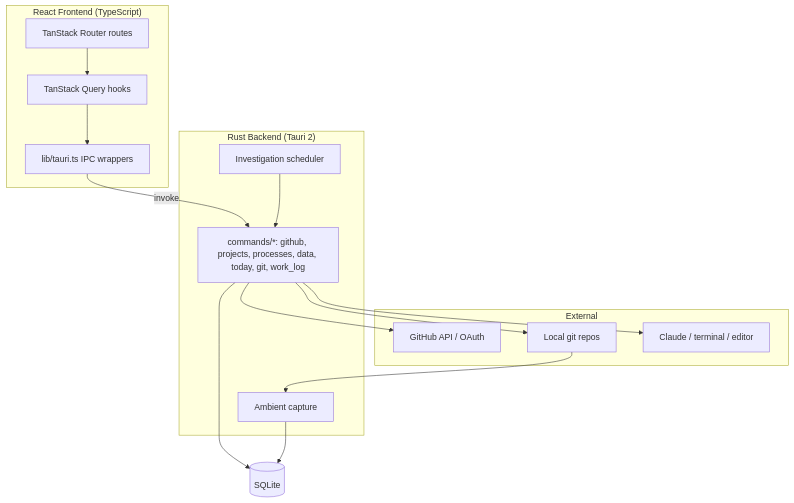
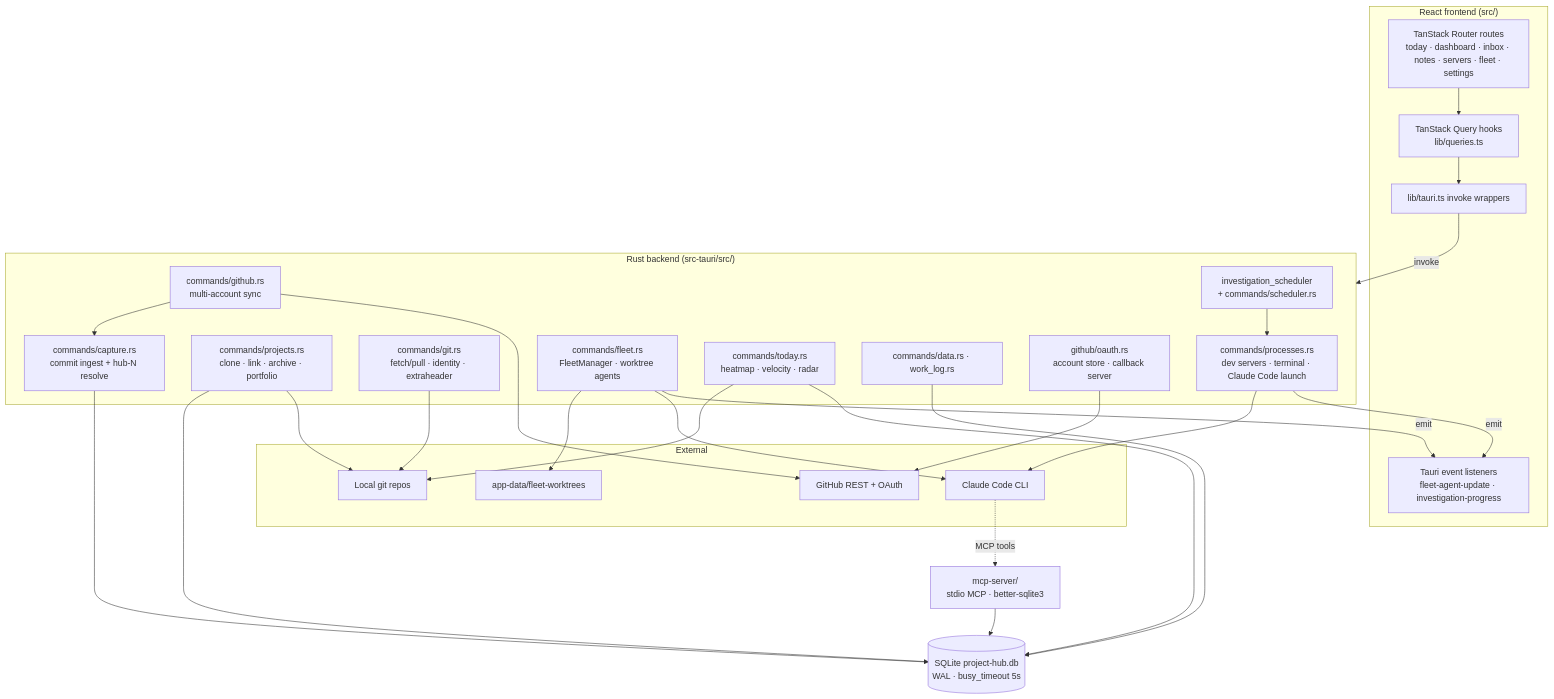
Before and after one commit to Technical-1/All-About-Me: the diagram in public/data/portfolio/Project-Hub/architecture.md, drawn with Mermaid. The commit also changed other lines of this file and 63 other files, not shown here.

````diff
--- a/public/data/portfolio/Project-Hub/architecture.md
+++ b/public/data/portfolio/Project-Hub/architecture.md
@@ -5,29 +5,51 @@
 ```mermaid
 flowchart TD
-    subgraph Frontend["React Frontend (TypeScript)"]
-        R[TanStack Router routes]
-        Q[TanStack Query hooks]
-        IPC[lib/tauri.ts IPC wrappers]
+    subgraph Frontend["React frontend (src/)"]
+        R["TanStack Router routes<br/>today · dashboard · inbox · notes · servers · fleet · settings"]
+        Q[TanStack Query hooks<br/>lib/queries.ts]
+        IPC[lib/tauri.ts invoke wrappers]
+        EV[Tauri event listeners<br/>fleet-agent-update · investigation-progress]
     end
 
-    subgraph Backend["Rust Backend (Tauri 2)"]
-        CMD[commands/*: github, projects, processes, data, today, git, work_log]
-        CAP[Ambient capture]
-        SCHED[Investigation scheduler]
+    subgraph Backend["Rust backend (src-tauri/src/)"]
+        GHC[commands/github.rs<br/>multi-account sync]
+        CAP[commands/capture.rs<br/>commit ingest + hub-N resolve]
+        PRJ[commands/projects.rs<br/>clone · link · archive · portfolio]
+        GIT[commands/git.rs<br/>fetch/pull · identity · extraheader]
+        PROC[commands/processes.rs<br/>dev servers · terminal · Claude Code launch]
+        FLEET[commands/fleet.rs<br/>FleetManager · worktree agents]
+        SCHED[investigation_scheduler<br/>+ commands/scheduler.rs]
+        TODAY[commands/today.rs<br/>heatmap · velocity · radar]
+        DATA[commands/data.rs · work_log.rs]
+        OAUTH[github/oauth.rs<br/>account store · callback server]
     end
 
+    DB[(SQLite project-hub.db<br/>WAL · busy_timeout 5s)]
+    MCP[mcp-server/<br/>stdio MCP · better-sqlite3]
+
     subgraph External
-        GH[GitHub API / OAuth]
-        GIT[Local git repos]
-        CLI[Claude / terminal / editor]
+        GHAPI[GitHub REST + OAuth]
+        REPOS[Local git repos]
+        CLI[Claude Code CLI]
+        WT[app-data/fleet-worktrees]
     end
 
-    R --> Q --> IPC
-    IPC -->|invoke| CMD
-    CMD --> DB[(SQLite)]
-    CMD --> GH
-    CMD --> GIT
-    CMD --> CLI
-    GIT --> CAP --> DB
-    SCHED --> CMD
+    R --> Q --> IPC -->|invoke| Backend
+    FLEET -->|emit| EV
+    PROC -->|emit| EV
+    GHC --> GHAPI
+    OAUTH --> GHAPI
+    GHC --> CAP --> DB
+    PRJ --> REPOS
+    GIT --> REPOS
+    PROC --> CLI
+    FLEET --> CLI
+    FLEET --> WT
+    SCHED --> PROC
+    TODAY --> DB
+    TODAY --> REPOS
+    DATA --> DB
+    PRJ --> DB
+    MCP --> DB
+    CLI -.MCP tools.-> MCP
 ```
````
